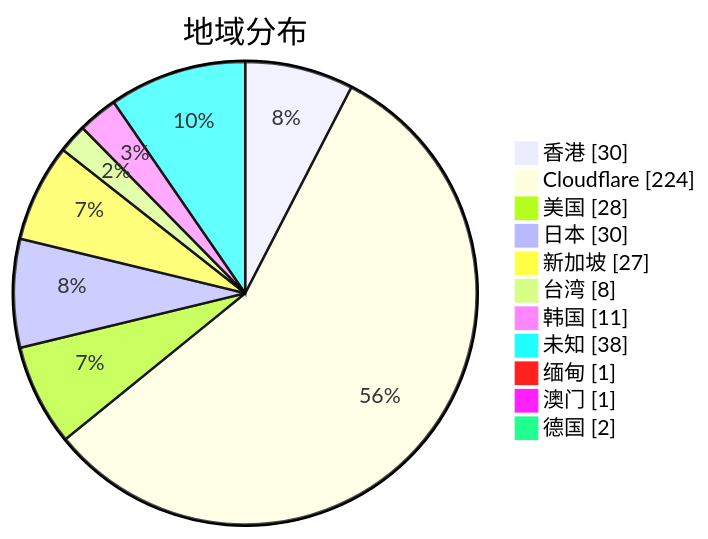
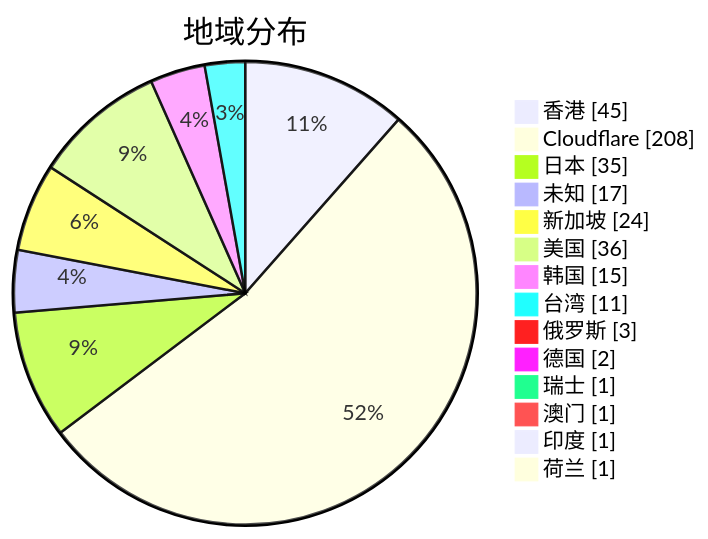
The second of 3 diagrams in subs/statistics/tested_within.md (qjlxg/airport), drawn with Mermaid before and after one commit. The commit also changed other lines of this file and 2 other files, not shown here.

````diff
--- a/subs/statistics/tested_within.md
+++ b/subs/statistics/tested_within.md
@@ -13,15 +14,18 @@
 ```mermaid
 pie showData
 title 地域分布
-"香港" : 30
-"Cloudflare" : 224
-"美国" : 28
-"日本" : 30
-"新加坡" : 27
-"台湾" : 8
-"韩国" : 11
-"未知" : 38
-"缅甸" : 1
+"香港" : 45
+"Cloudflare" : 208
+"日本" : 35
+"未知" : 17
+"新加坡" : 24
+"美国" : 36
+"韩国" : 15
+"台湾" : 11
+"俄罗斯" : 3
+"德国" : 2
+"瑞士" : 1
 "澳门" : 1
-"德国" : 2
+"印度" : 1
+"荷兰" : 1
 ```
````
